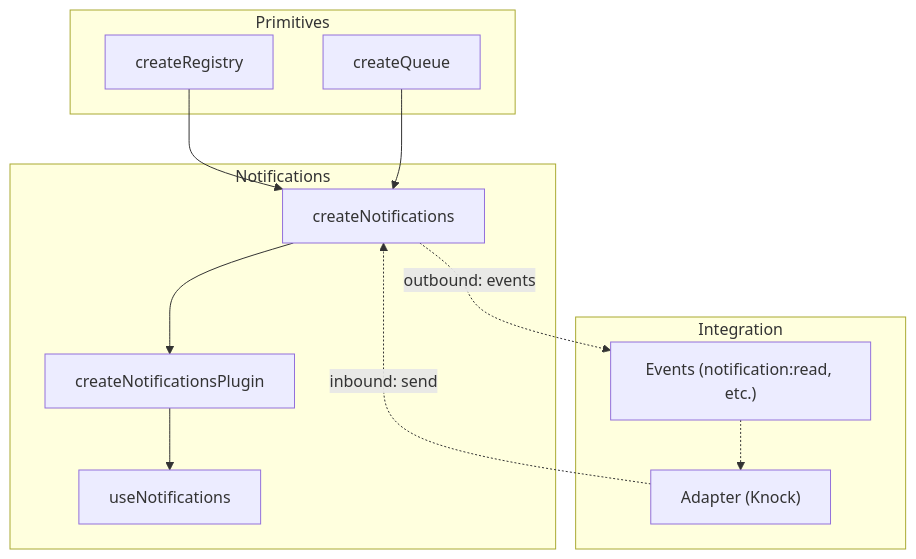
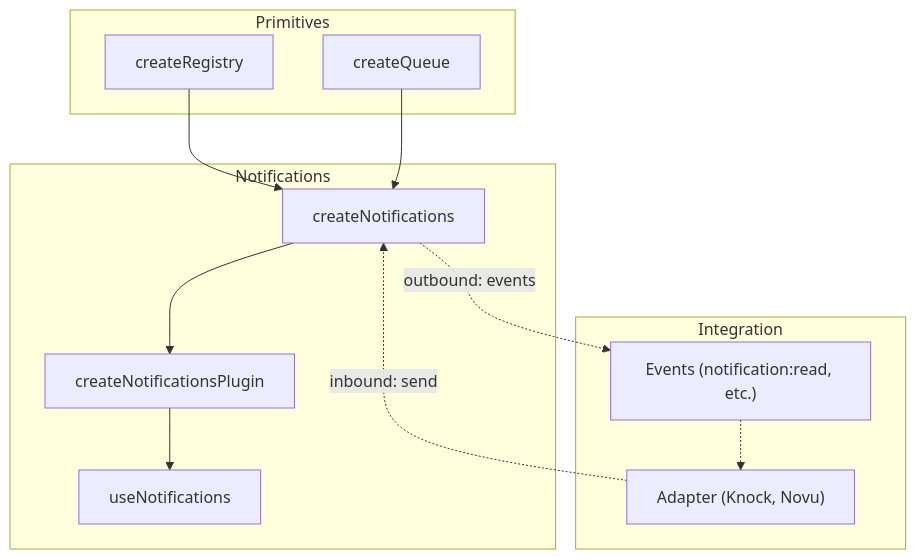
The first of 2 diagrams in apps/docs/src/pages/composables/plugins/use-notifications.md (vuetifyjs/0), drawn with Mermaid before and after one commit. The commit also changed other lines of this file and 11 other files, not shown here.

````diff
--- a/apps/docs/src/pages/composables/plugins/use-notifications.md
+++ b/apps/docs/src/pages/composables/plugins/use-notifications.md
@@ -81,26 +81,26 @@
 ```mermaid "Notification Architecture"
 flowchart TB
   subgraph Primitives
     Registry[createRegistry]
     Queue[createQueue]
   end
 
   subgraph Notifications
     Core[createNotifications]
     Plugin[createNotificationsPlugin]
     Use[useNotifications]
   end
 
   subgraph Integration
-    Adapter["Adapter (Knock)"]
+    Adapter["Adapter (Knock, Novu)"]
     Events["Events (notification:read, etc.)"]
   end
 
   Registry --> Core
   Queue --> Core
   Core --> Plugin
   Plugin --> Use
   Adapter -.->|inbound: send| Core
   Core -.->|outbound: events| Events
   Events -.-> Adapter
 ```
````
